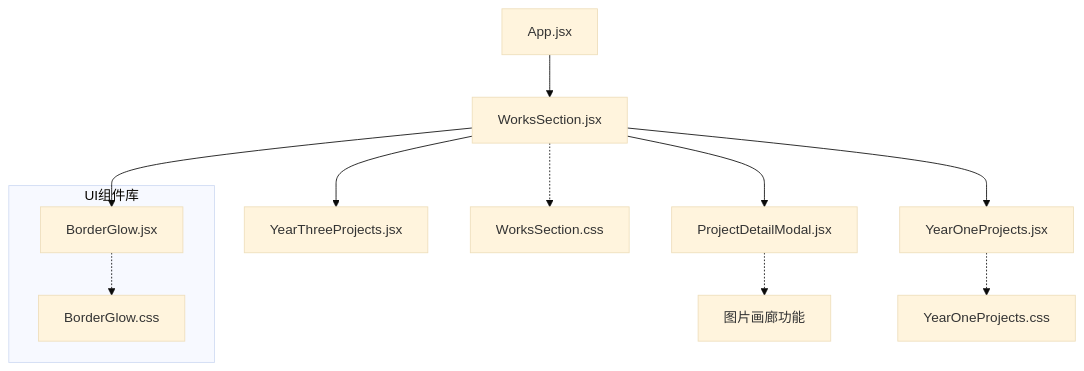
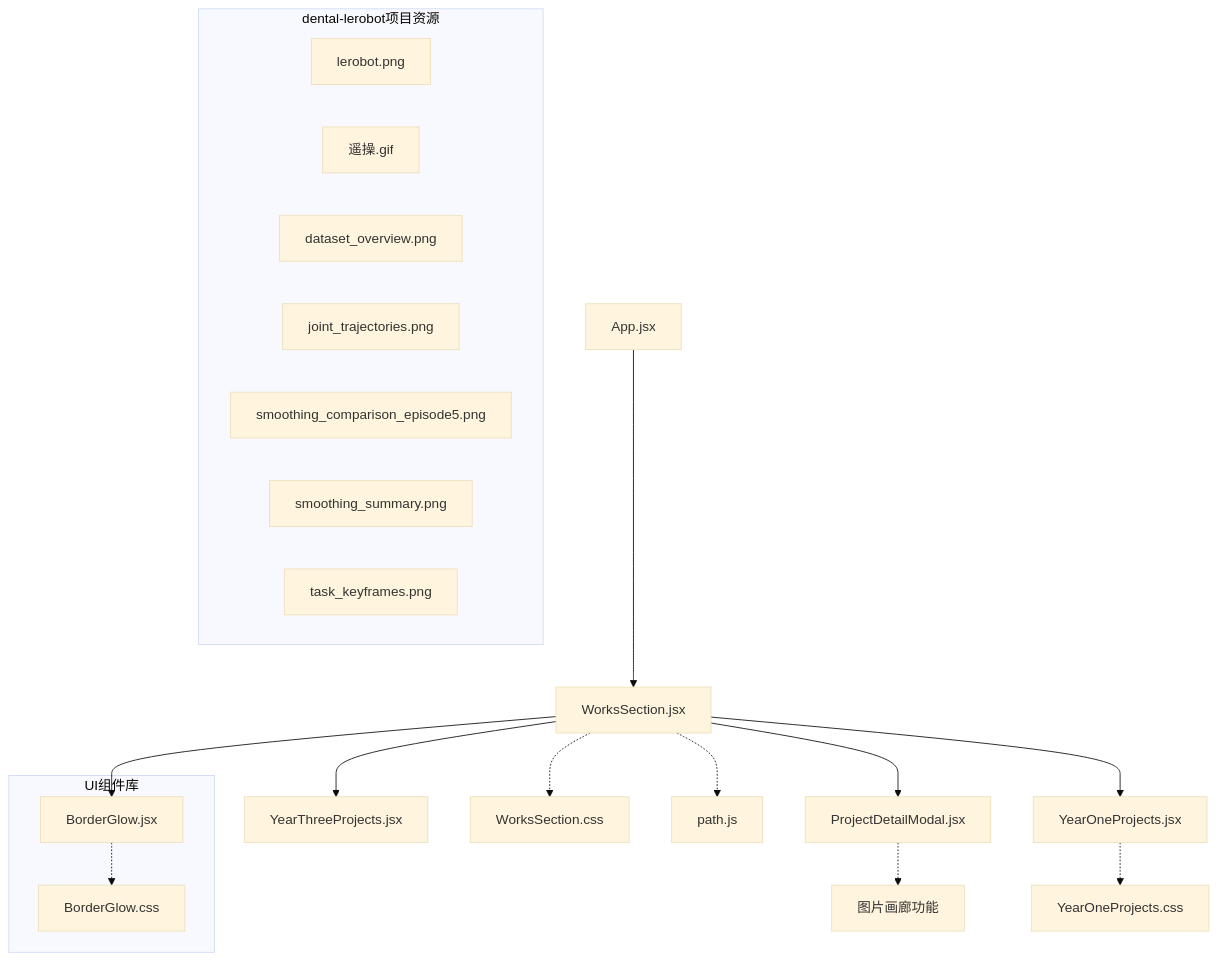
The first of 4 diagrams in .qoder/repowiki/zh/content/核心功能模块/作品展示组件/作品展示主组件.md (lithos666/lithos666.github.io), drawn with Mermaid (base theme) before and after one commit. The commit also changed other lines of this file and 26 other files, not shown here.

````diff
--- a/.qoder/repowiki/zh/content/核心功能模块/作品展示组件/作品展示主组件.md
+++ b/.qoder/repowiki/zh/content/核心功能模块/作品展示组件/作品展示主组件.md
@@ -60,16 +62,26 @@
 ```mermaid
 graph TB
 A["App.jsx"] --> B["WorksSection.jsx"]
 B --> C["YearOneProjects.jsx"]
 B --> D["YearThreeProjects.jsx"]
 B --> E["ProjectDetailModal.jsx"]
 B --> F["BorderGlow.jsx"]
 E -.-> G["图片画廊功能"]
 F -.-> H["BorderGlow.css"]
 B -.-> I["WorksSection.css"]
 C -.-> J["YearOneProjects.css"]
+B -.-> K["path.js"]
+subgraph "dental-lerobot项目资源"
+L["lerobot.png"]
+M["遥操.gif"]
+N["dataset_overview.png"]
+O["joint_trajectories.png"]
+P["smoothing_comparison_episode5.png"]
+Q["smoothing_summary.png"]
+R["task_keyframes.png"]
+end
 subgraph "UI组件库"
 F["BorderGlow.jsx"]
 H["BorderGlow.css"]
 end
 ```
````
